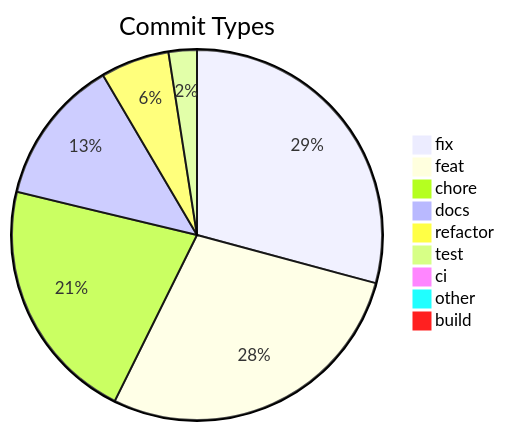
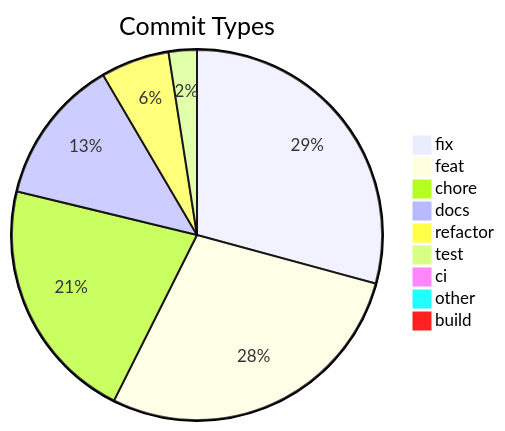
One commit to svenroth-ai/shipwright changed the diagram in .shipwright/compliance/change-history.md. Above: the diagram before and after it, drawn with Mermaid. The commit also changed other lines of this file and 40 other files, not shown here.

````diff
--- a/.shipwright/compliance/change-history.md
+++ b/.shipwright/compliance/change-history.md
@@ -8,12 +8,12 @@
 ```mermaid
 pie title Commit Types
-    "fix" : 331
-    "feat" : 319
+    "fix" : 332
+    "feat" : 320
     "chore" : 243
     "docs" : 145
     "refactor" : 68
     "test" : 28
     "ci" : 11
     "other" : 9
     "build" : 1
 ```
````
